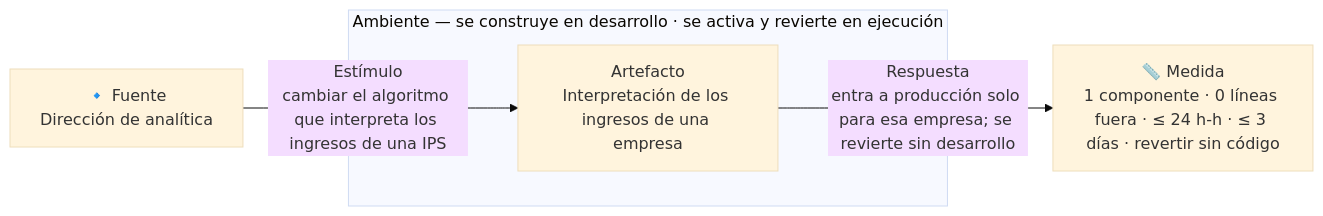
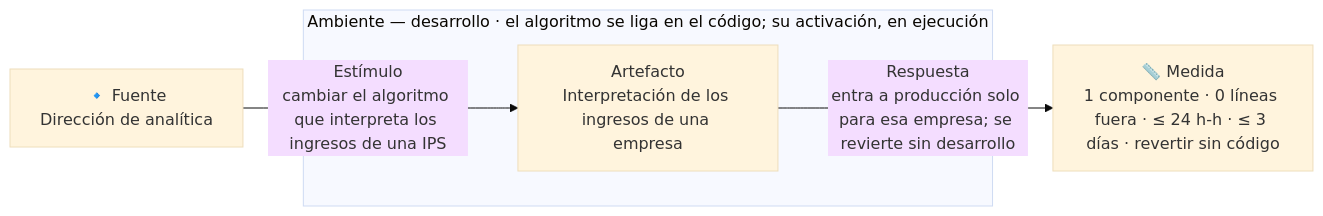
The third of 4 diagrams in docs/quality-attributes.md (MATI-MBIT/arqsoft-reto-3), drawn with Mermaid (base theme) before and after one commit. The commit also changed other lines of this file, not shown here.

````diff
--- a/docs/quality-attributes.md
+++ b/docs/quality-attributes.md
@@ -148,9 +150,9 @@
 ```mermaid
 flowchart LR
     F["🔹 Fuente<br/>Dirección de analítica"]
     F -- "Estímulo<br/>cambiar el algoritmo que interpreta los ingresos de una IPS" --> A
-    subgraph AMB["Ambiente — se construye en desarrollo · se activa y revierte en ejecución"]
+    subgraph AMB["Ambiente — desarrollo · el algoritmo se liga en el código; su activación, en ejecución"]
         A["Artefacto<br/>Interpretación de los ingresos de una empresa"]
     end
     A -- "Respuesta<br/>entra a producción solo para esa empresa; se revierte sin desarrollo" --> M["📏 Medida<br/>1 componente · 0 líneas fuera · ≤ 24 h-h · ≤ 3 días · revertir sin código"]
 ```
````
